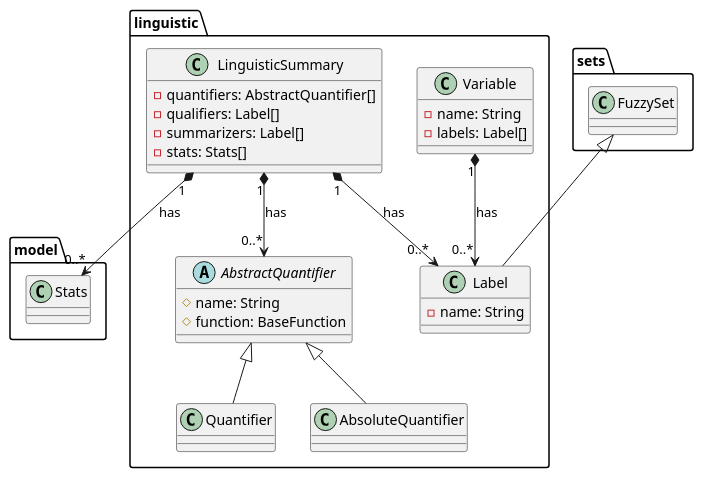
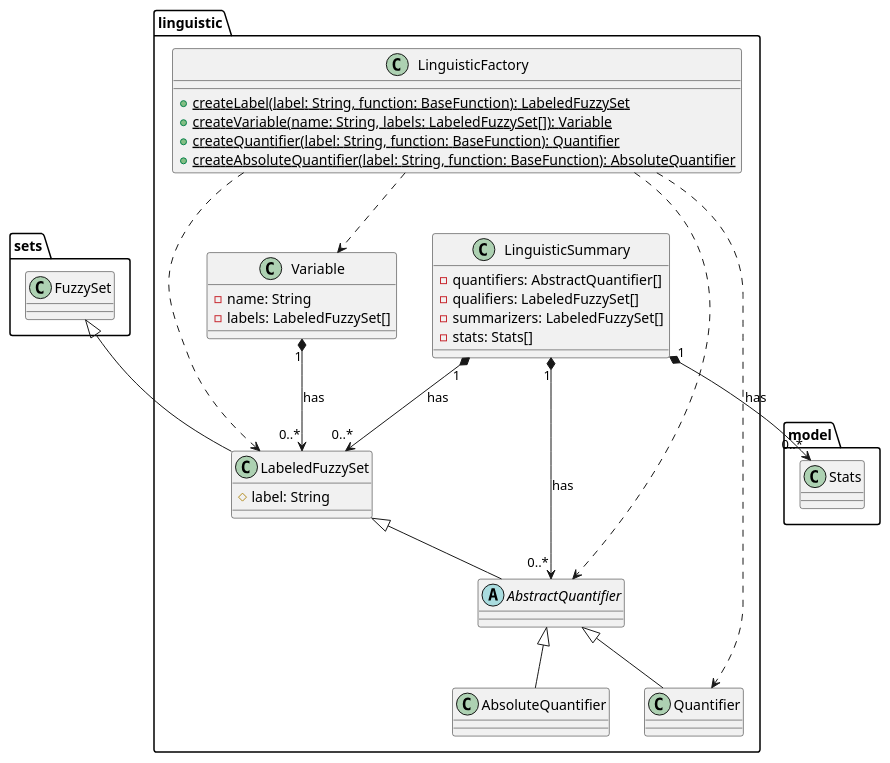
Before and after one commit to kambed/Computer-Recognition-Systems: the sixth of 7 diagrams in task2/README.md, drawn with PlantUML.

Commit message:
Add factory

````diff
--- a/task2/README.md
+++ b/task2/README.md
@@ -177,36 +177,44 @@
 ```plantuml
 package linguistic {
     class LinguisticSummary {
         - quantifiers: AbstractQuantifier[]
-        - qualifiers: Label[]
-        - summarizers: Label[]
+        - qualifiers: LabeledFuzzySet[]
+        - summarizers: LabeledFuzzySet[]
         - stats: Stats[]
     }
     LinguisticSummary "1" *--> "0..*" AbstractQuantifier: has
-    LinguisticSummary "1" *--> "0..*" Label: has
+    LinguisticSummary "1" *--> "0..*" LabeledFuzzySet: has
     
-    class Label {
-        - name: String
+    class LabeledFuzzySet {
+        # label: String
     }
     class Variable {
         - name: String
-        - labels: Label[]
+        - labels: LabeledFuzzySet[]
     }
-    Variable "1" *--> "0..*" Label: has
+    Variable "1" *--> "0..*" LabeledFuzzySet: has
     
-    abstract class AbstractQuantifier {
-        # name: String
-        # function: BaseFunction
-    }
+    abstract class AbstractQuantifier extends LabeledFuzzySet
     class Quantifier extends AbstractQuantifier
     class AbsoluteQuantifier extends AbstractQuantifier
+    
+    class LinguisticFactory {
+        + {static} createLabel(label: String, function: BaseFunction): LabeledFuzzySet
+        + {static} createVariable(name: String, labels: LabeledFuzzySet[]): Variable
+        + {static} createQuantifier(label: String, function: BaseFunction): Quantifier
+        + {static} createAbsoluteQuantifier(label: String, function: BaseFunction): AbsoluteQuantifier
+    }
+    LinguisticFactory ..> LabeledFuzzySet
+    LinguisticFactory ..> Variable
+    LinguisticFactory ..> AbstractQuantifier
+    LinguisticFactory ..> Quantifier
 }
 package model {
     class Stats
 }
 package sets {
     class FuzzySet
 }
 LinguisticSummary "1" *--> "0..*" Stats: has
-FuzzySet <|-- Label
+FuzzySet <|-- LabeledFuzzySet
 ```
````
